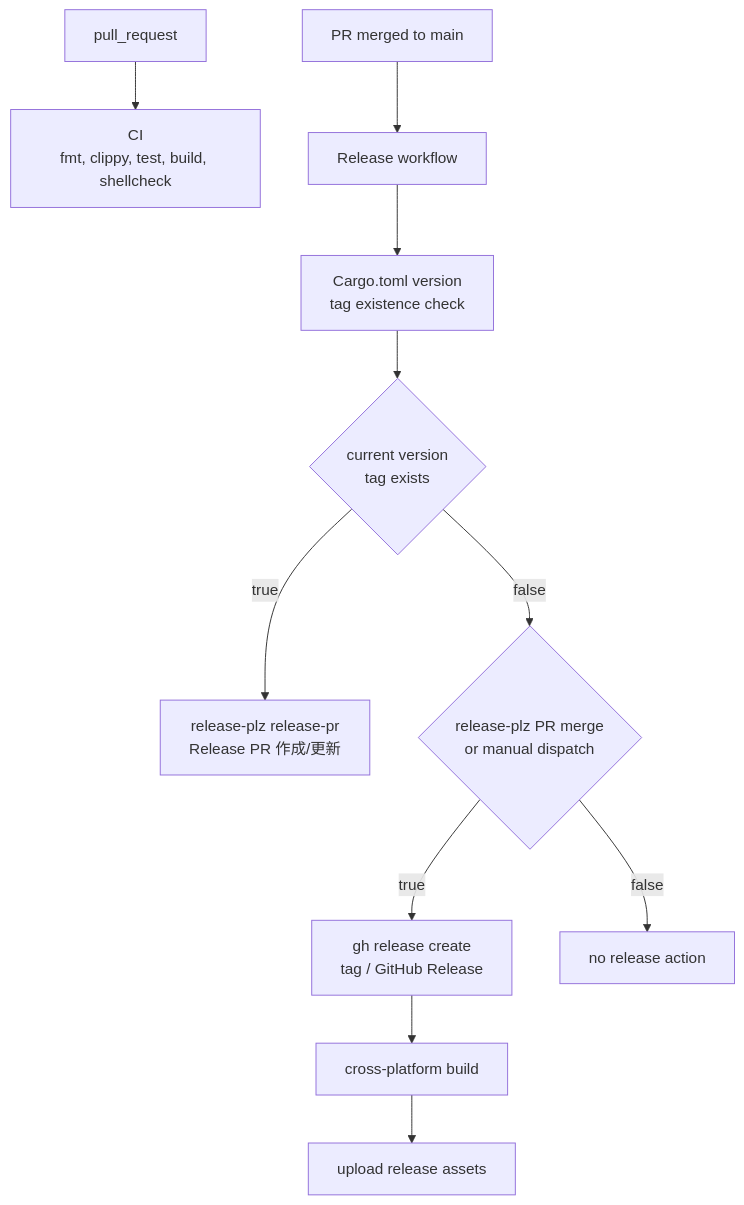
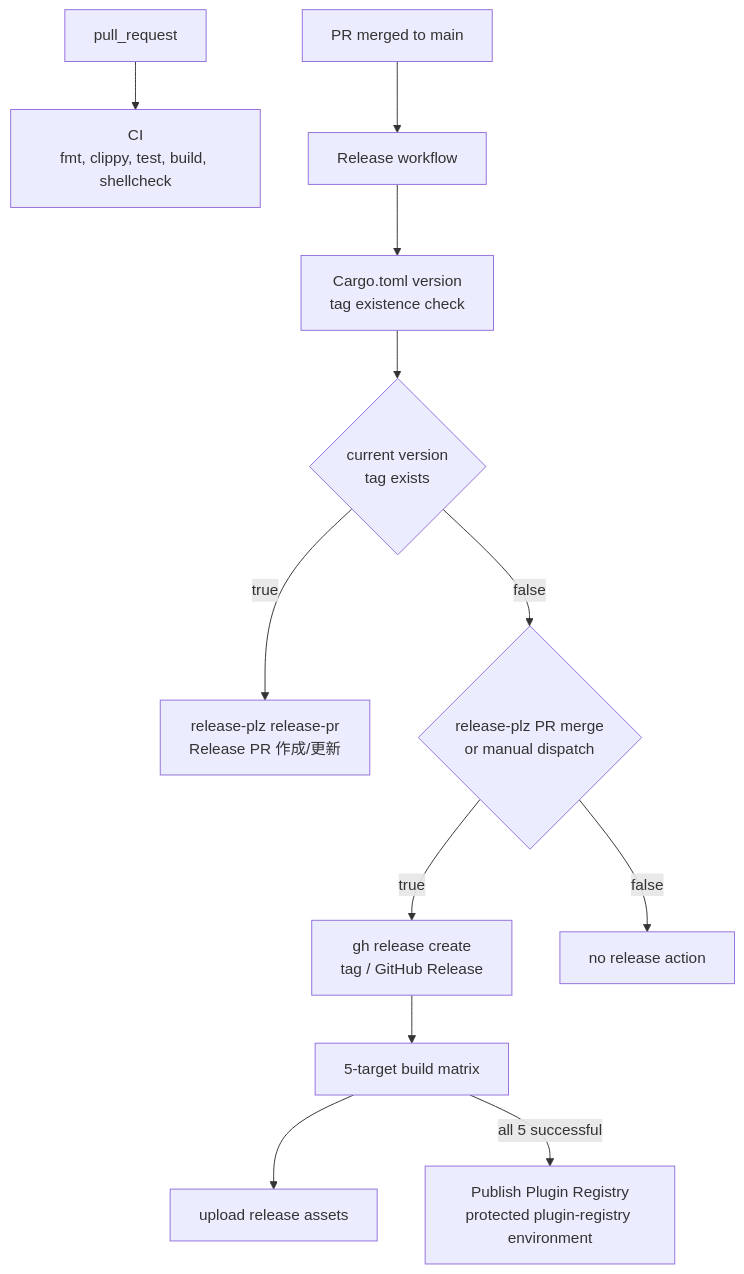
Before and after one commit to rurusasu/article-collector: the diagram in docs/ci-cd/README.md, drawn with Mermaid. The commit also changed other lines of this file and 5 other files, not shown here.

Commit message:
ci: enable production plugin registry publishing

````diff
--- a/docs/ci-cd/README.md
+++ b/docs/ci-cd/README.md
@@ -10,13 +10,14 @@
 ```mermaid
 graph TB
   pr["pull_request"] --> ci["CI<br/>fmt, clippy, test, build, shellcheck"]
   merge["PR merged to main"] --> release["Release workflow"]
   release --> tagcheck["Cargo.toml version<br/>tag existence check"]
   tagcheck --> exists{"current version<br/>tag exists"}
   exists -->|true| rp["release-plz release-pr<br/>Release PR 作成/更新"]
   exists -->|false| requested{"release-plz PR merge<br/>or manual dispatch"}
   requested -->|true| publish["gh release create<br/>tag / GitHub Release"]
   requested -->|false| noop["no release action"]
-  publish --> build["cross-platform build"]
+  publish --> build["5-target build matrix"]
   build --> upload["upload release assets"]
+  build -->|all 5 successful| registry["Publish Plugin Registry<br/>protected plugin-registry environment"]
 ```
````
